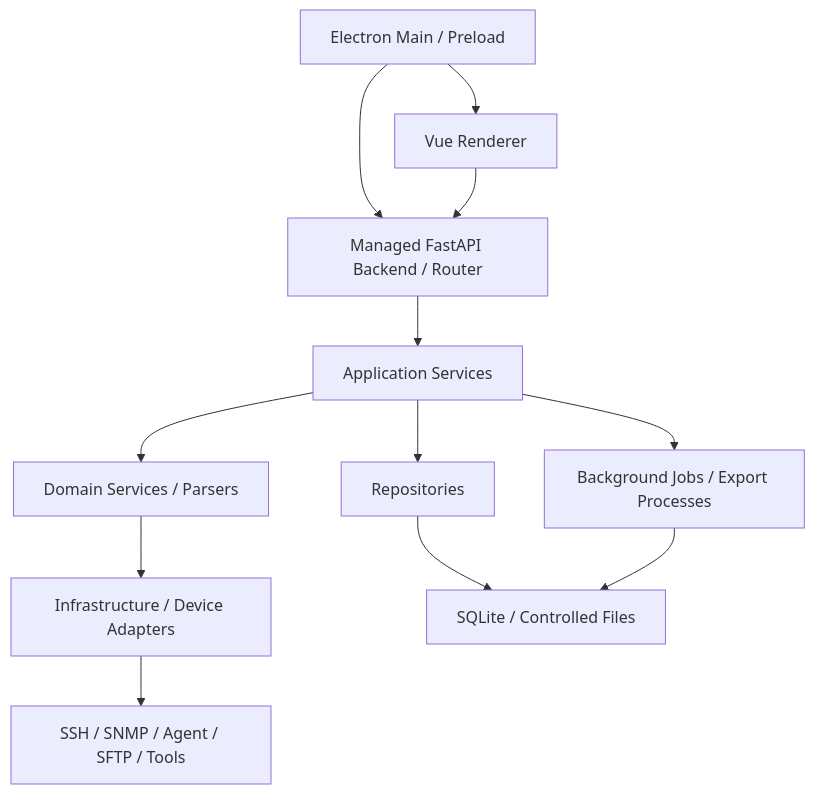
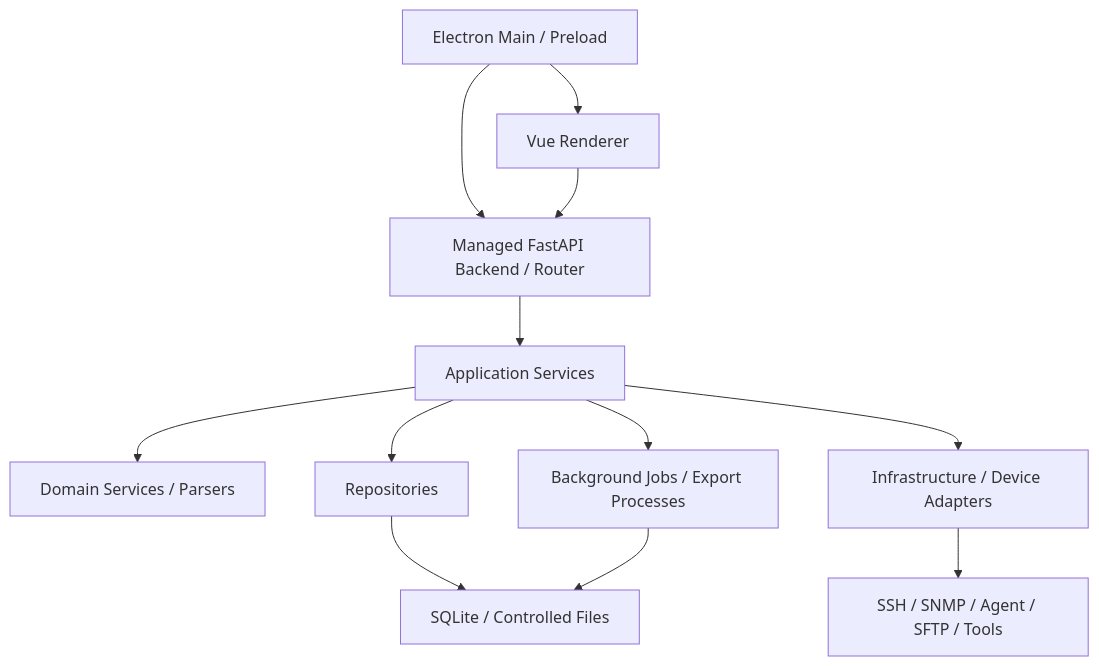
Before and after one commit to wxj183589/NetConsole: the diagram in README_EN.md, drawn with Mermaid. The commit also changed 1 other file, not shown here.

Commit message:
docs：修正 Application 到 Infrastructure 架构依赖 [thread:019ff446-416d-7060-8aeb-a310defac6f3]

````diff
--- a/README_EN.md
+++ b/README_EN.md
@@ -76,14 +76,14 @@
 ```mermaid
 flowchart TB
     E["Electron Main / Preload"] --> V["Vue Renderer"]
     E --> B["Managed FastAPI Backend / Router"]
     V --> B
     B --> A["Application Services"]
     A --> D["Domain Services / Parsers"]
     A --> P["Repositories"]
     A --> J["Background Jobs / Export Processes"]
-    D --> I["Infrastructure / Device Adapters"]
+    A --> I["Infrastructure / Device Adapters"]
     P --> S["SQLite / Controlled Files"]
     J --> S
     I --> X["SSH / SNMP / Agent / SFTP / Tools"]
 ```
````
